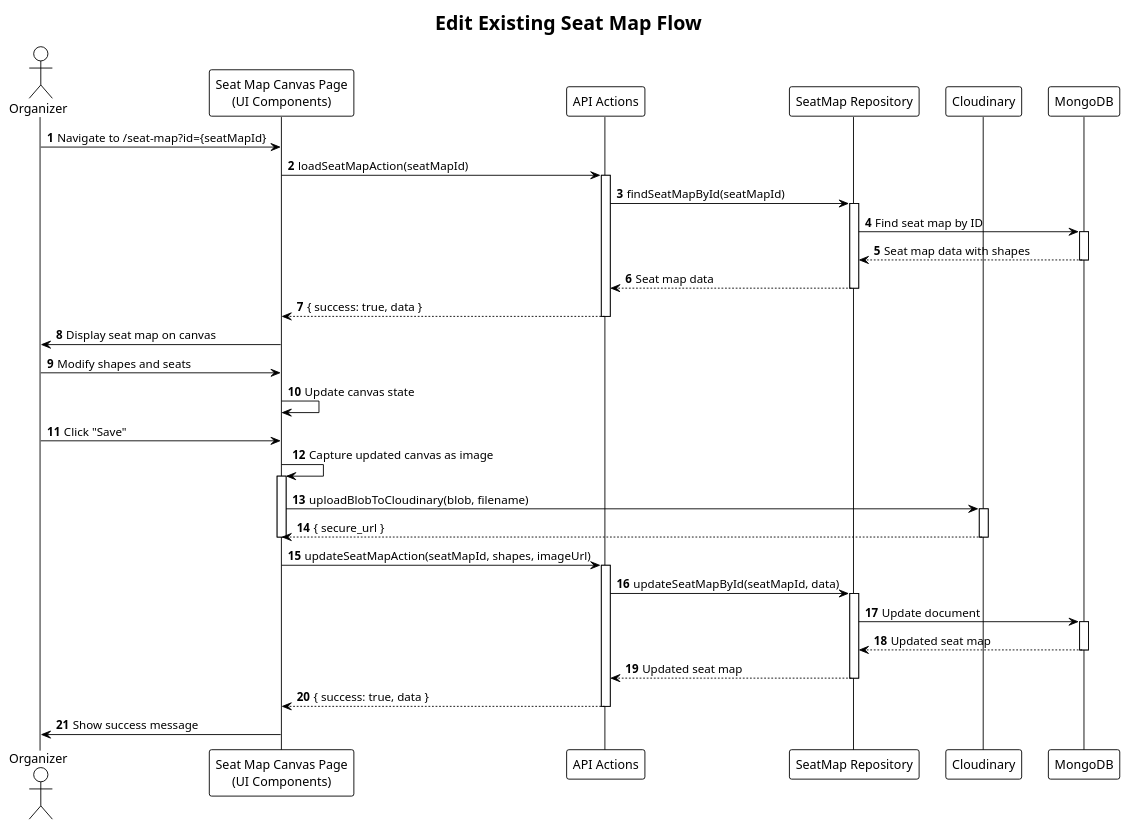
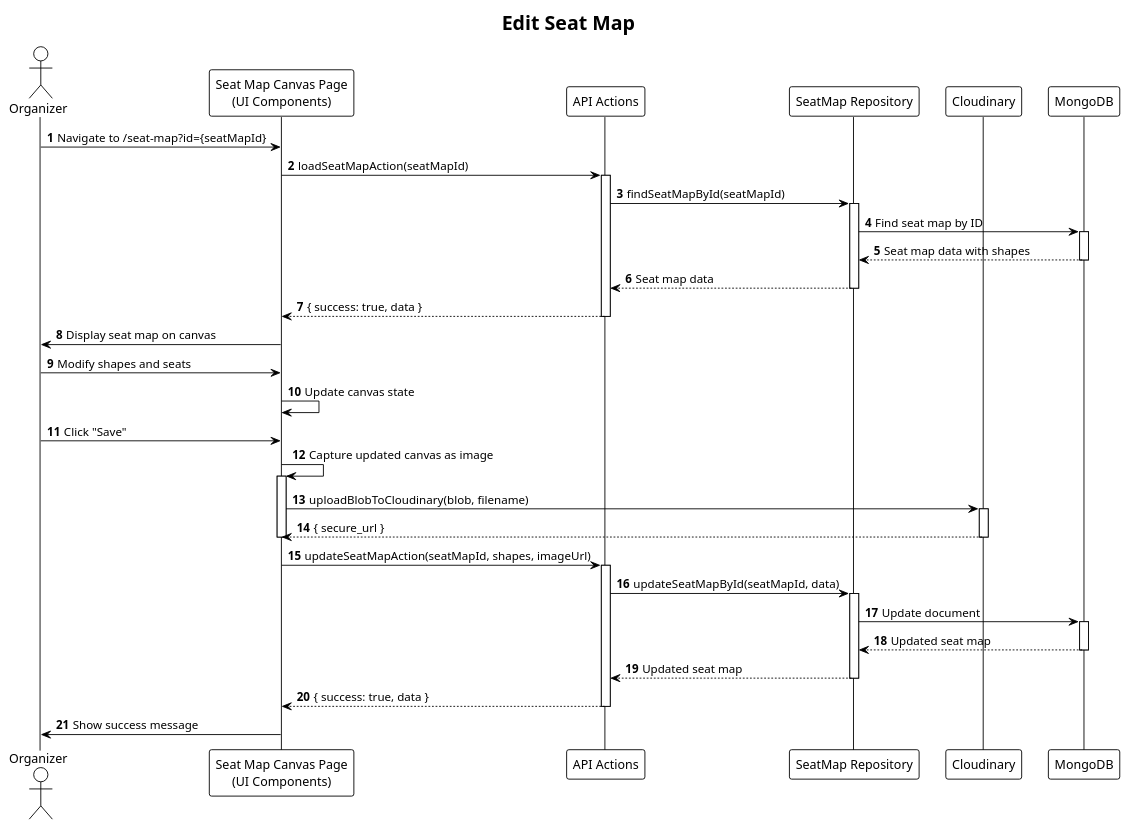
Before and after one commit to VieTicket/vieticket-monorepo: the fifth of 7 diagrams in puml/seat-map.puml, drawn with PlantUML. The commit also changed other lines of this file and 13 other files, not shown here.

```diff
--- a/puml/seat-map.puml
+++ b/puml/seat-map.puml
@@ -289,61 +289,61 @@
-@startuml edit-existing-seat-map
+@startuml edit-seat-map
 autonumber
 !theme plain
-title Edit Existing Seat Map Flow
+title Edit Seat Map
 
 actor Organizer
 participant "Seat Map Canvas Page\n(UI Components)" as Page
 participant "API Actions" as Actions
 participant "SeatMap Repository" as Repo
 participant "Cloudinary" as Cloud
 participant "MongoDB" as MongoDB
 
 Organizer -> Page: Navigate to /seat-map?id={seatMapId}
 
 Page -> Actions: loadSeatMapAction(seatMapId)
 activate Actions
 
 Actions -> Repo: findSeatMapById(seatMapId)
 activate Repo
 Repo -> MongoDB: Find seat map by ID
 activate MongoDB
 MongoDB --> Repo: Seat map data with shapes
 deactivate MongoDB
 Repo --> Actions: Seat map data
 deactivate Repo
 
 Actions --> Page: { success: true, data }
 deactivate Actions
 
 Page -> Organizer: Display seat map on canvas
 
 Organizer -> Page: Modify shapes and seats
 Page -> Page: Update canvas state
 
 Organizer -> Page: Click "Save"
 Page -> Page: Capture updated canvas as image
 activate Page
 Page -> Cloud: uploadBlobToCloudinary(blob, filename)
 activate Cloud
 Cloud --> Page: { secure_url }
 deactivate Cloud
 deactivate Page
 
 Page -> Actions: updateSeatMapAction(seatMapId, shapes, imageUrl)
 activate Actions
 
 Actions -> Repo: updateSeatMapById(seatMapId, data)
 activate Repo
 Repo -> MongoDB: Update document
 activate MongoDB
 MongoDB --> Repo: Updated seat map
 deactivate MongoDB
 Repo --> Actions: Updated seat map
 deactivate Repo
 
 Actions --> Page: { success: true, data }
 deactivate Actions
 
 Page -> Organizer: Show success message
 
 @enduml
```
